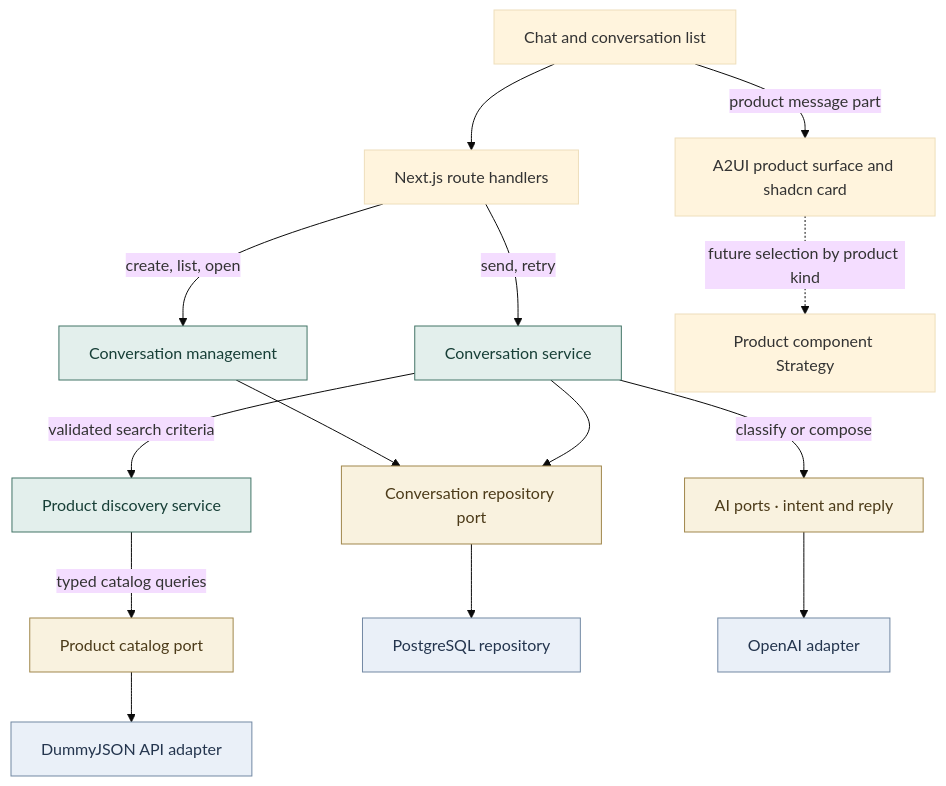
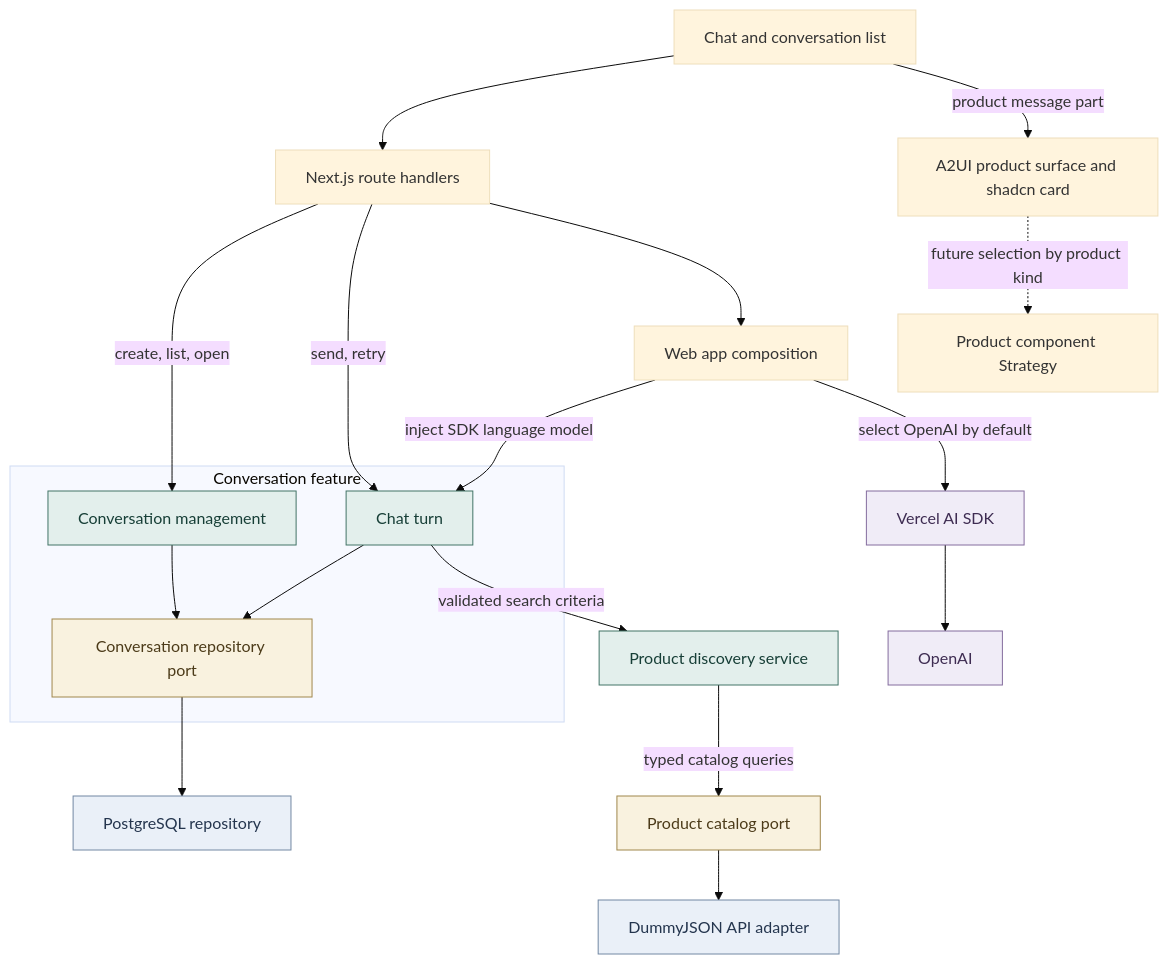
The first of 11 diagrams in docs/architecture.md (rosneri/bazak), drawn with Mermaid (base theme) before and after one commit. The commit also changed other lines of this file and 21 other files, not shown here.

````diff
--- a/docs/architecture.md
+++ b/docs/architecture.md
@@ -11,22 +11,31 @@
 ```mermaid
 flowchart TB
   ui["Chat and conversation list"] --> api["Next.js route handlers"]
-  api -->|create, list, open| management["Conversation management"]
-  api -->|send, retry| turns["Conversation service"]
+  subgraph conversation["Conversation feature"]
+    management["Conversation management"]
+    turns["Chat turn"]
+    repo["Conversation repository port"]
+    management --> repo
+    turns --> repo
+  end
+  api -->|create, list, open| management
+  api -->|send, retry| turns
+  api --> composition["Web app composition"]
+  composition -->|inject SDK language model| turns
+  composition -->|select OpenAI by default| sdk["Vercel AI SDK"]
+  sdk --> ai["OpenAI"]
   turns -->|validated search criteria| discovery["Product discovery service"]
-  turns -->|classify or compose| model["AI ports · intent and reply"]
   discovery -->|typed catalog queries| catalog["Product catalog port"]
-  management --> repo["Conversation repository port"]
-  turns --> repo
   repo --> db["PostgreSQL repository"]
   catalog --> dummy["DummyJSON API adapter"]
-  model --> ai["OpenAI adapter"]
   ui -->|product message part| cards["A2UI product surface and shadcn card"]
   cards -.->|future selection by product kind| strategy["Product component Strategy"]
   classDef service fill:#e3efec,stroke:#427467,color:#173f37
   classDef port fill:#f9f2df,stroke:#a0874c,color:#4c3b19
   classDef adapter fill:#eaf0f8,stroke:#7288a3,color:#24354e
+  classDef external fill:#f0ecf7,stroke:#846c9e,color:#3e2c52
   class management,turns,discovery service
-  class repo,catalog,model port
-  class db,dummy,ai adapter
+  class repo,catalog port
+  class db,dummy adapter
+  class sdk,ai external
 ```
````
